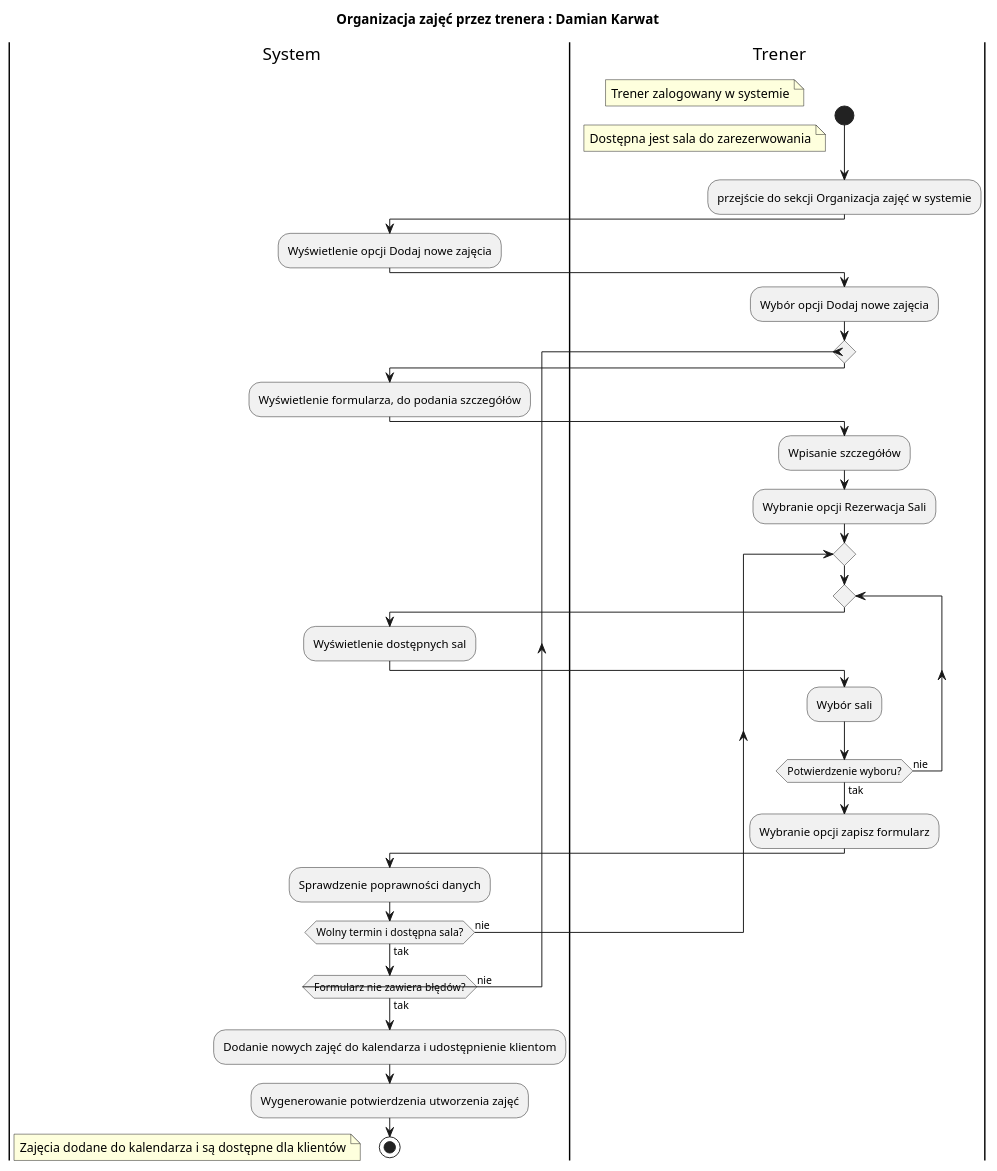
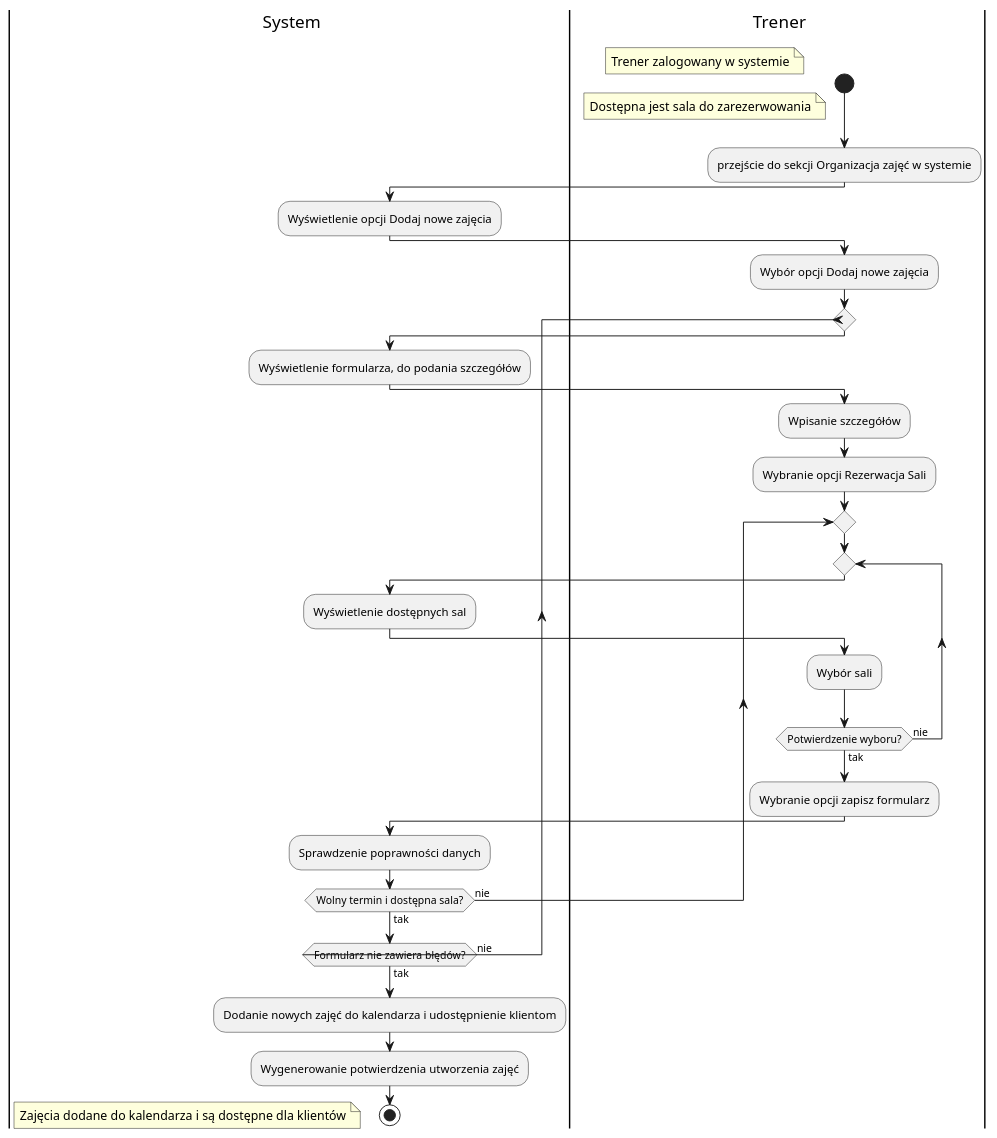
One commit to filip-stepien/software-engineering-lab changed the diagram in src/activity_diagrams/Damian Karwat/organizacja_zajec.puml. Above: the diagram before and after it, drawn with PlantUML. The commit also changed 10 other files, not shown here.

Commit message:
exported the activity diagrams and added them to the html

```diff
--- a/src/activity_diagrams/Damian Karwat/organizacja_zajec.puml
+++ b/src/activity_diagrams/Damian Karwat/organizacja_zajec.puml
@@ -1,37 +1,36 @@
 @startuml
 
-title Organizacja zajęć przez trenera : Damian Karwat
 |s| System
 |t| Trener
 start
 floating note left: Trener zalogowany w systemie
 floating note left: Dostępna jest sala do zarezerwowania
 :przejście do sekcji Organizacja zajęć w systemie;
 |s|
 :Wyświetlenie opcji Dodaj nowe zajęcia;
 |t|
 :Wybór opcji Dodaj nowe zajęcia;
 repeat
     |s|
     :Wyświetlenie formularza, do podania szczegółów;
     |t|
     :Wpisanie szczegółów;
     :Wybranie opcji Rezerwacja Sali;
     repeat
         repeat
             |s|
             :Wyświetlenie dostępnych sal;
             |t|
             :Wybór sali;
         repeat while (Potwierdzenie wyboru?) is (nie) not (tak)
         :Wybranie opcji zapisz formularz;
         |s|
         :Sprawdzenie poprawności danych;
     repeat while (Wolny termin i dostępna sala?) is (nie) not (tak)
 repeat while (Formularz nie zawiera błędów?) is (nie) not (tak)
 :Dodanie nowych zajęć do kalendarza i udostępnienie klientom;
 :Wygenerowanie potwierdzenia utworzenia zajęć;
 stop
 floating note left: Zajęcia dodane do kalendarza i są dostępne dla klientów
 
 @enduml
```
